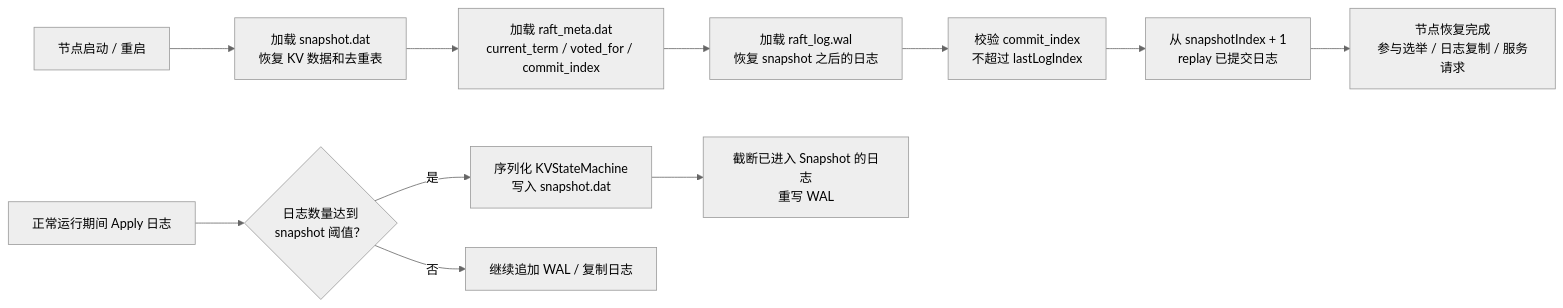
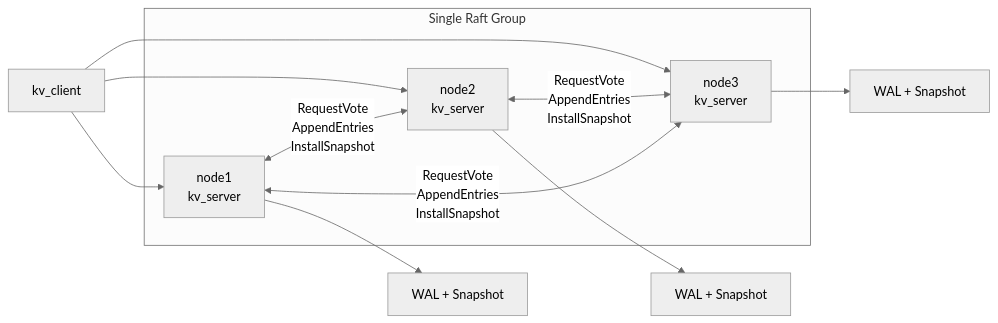
One commit to LiuKaiDev/RaftKV-StrongConsistency changed the diagram in README.md. Above: the diagram before and after it, drawn with Mermaid (neutral theme). The commit also changed other lines of this file and 7 other files, not shown here.

````diff
--- a/README.md
+++ b/README.md
@@ -372,14 +40,16 @@
 ```mermaid
 flowchart LR
-  Start["节点启动 / 重启"] --> LoadSnapshot["加载 snapshot.dat<br/>恢复 KV 数据和去重表"]
-  LoadSnapshot --> LoadMeta["加载 raft_meta.dat<br/>current_term / voted_for / commit_index"]
-  LoadMeta --> LoadWAL["加载 raft_log.wal<br/>恢复 snapshot 之后的日志"]
-  LoadWAL --> Clamp["校验 commit_index<br/>不超过 lastLogIndex"]
-  Clamp --> Replay["从 snapshotIndex + 1<br/>replay 已提交日志"]
-  Replay --> Ready["节点恢复完成<br/>参与选举 / 日志复制 / 服务请求"]
+  Client["kv_client"] --> N1["node1<br/>kv_server"]
+  Client --> N2["node2<br/>kv_server"]
+  Client --> N3["node3<br/>kv_server"]
 
-  Apply["正常运行期间 Apply 日志"] --> MaybeSnapshot{"日志数量达到<br/>snapshot 阈值？"}
-  MaybeSnapshot -->|是| SaveSnapshot["序列化 KVStateMachine<br/>写入 snapshot.dat"]
-  SaveSnapshot --> Compact["截断已进入 Snapshot 的日志<br/>重写 WAL"]
-  MaybeSnapshot -->|否| Continue["继续追加 WAL / 复制日志"]
+  subgraph RaftGroup["Single Raft Group"]
+    N1 <-->|RequestVote<br/>AppendEntries<br/>InstallSnapshot| N2
+    N2 <-->|RequestVote<br/>AppendEntries<br/>InstallSnapshot| N3
+    N1 <-->|RequestVote<br/>AppendEntries<br/>InstallSnapshot| N3
+  end
+
+  N1 --> D1["WAL + Snapshot"]
+  N2 --> D2["WAL + Snapshot"]
+  N3 --> D3["WAL + Snapshot"]
 ```
````
